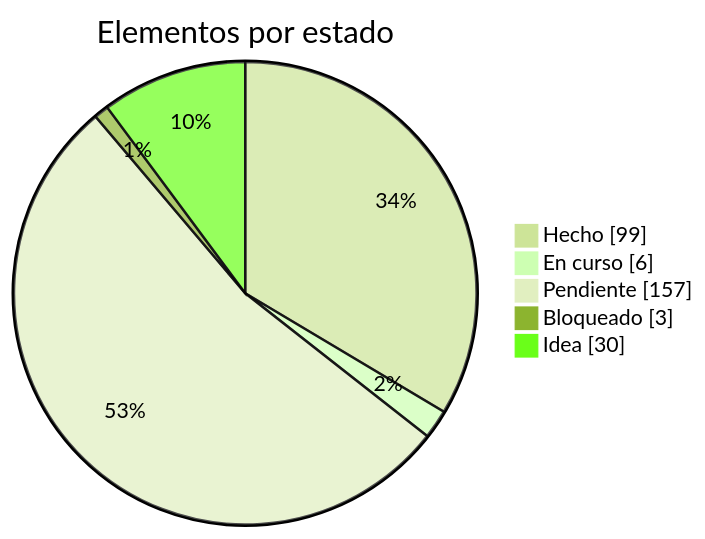
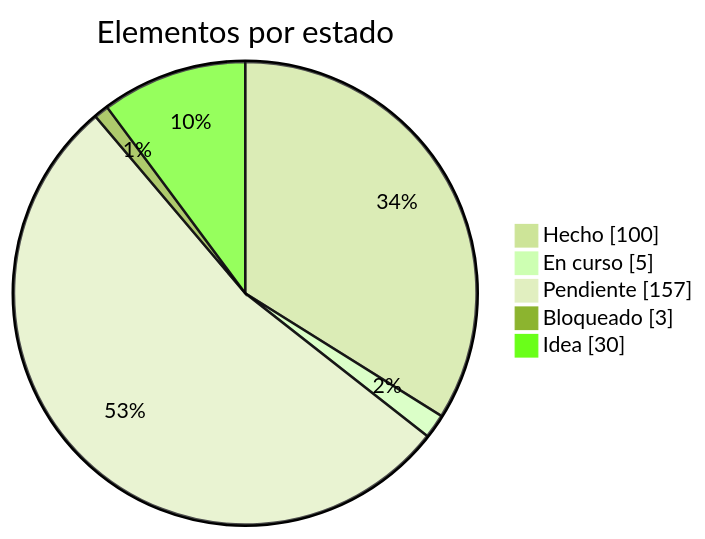
The first of 2 diagrams in docs/roadmap.md (dariogea/BM27), drawn with Mermaid (forest theme) before and after one commit. The commit also changed other lines of this file and 6 other files, not shown here.

Commit message:
Mostrar el roadmap visual en la portada y mantenerlo sincronizado (#42)

````diff
--- a/docs/roadmap.md
+++ b/docs/roadmap.md
@@ -13,8 +13,8 @@
 ```mermaid
 pie showData title Elementos por estado
-  "Hecho" : 99
-  "En curso" : 6
+  "Hecho" : 100
+  "En curso" : 5
   "Pendiente" : 157
   "Bloqueado" : 3
   "Idea" : 30
 ```
````
